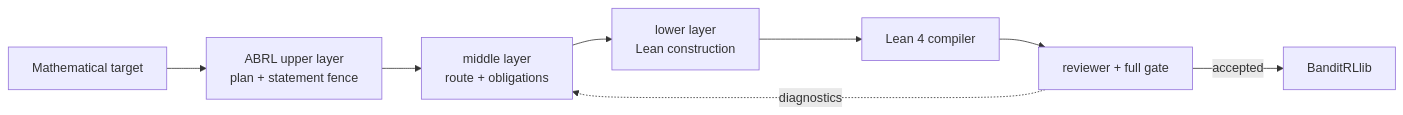
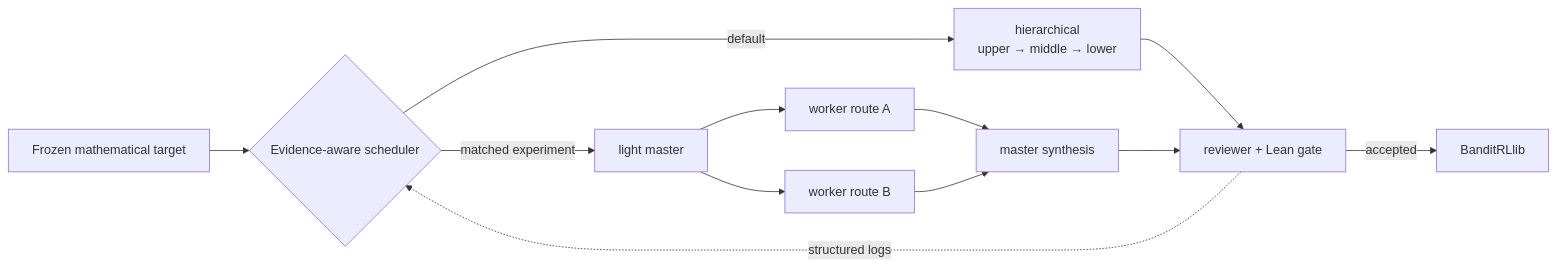
The first of 3 diagrams in README.md (DakeBU/Auto-Bandit-RL-Proof-In-Sleep), drawn with Mermaid before and after one commit. The commit also changed other lines of this file and 17 other files, not shown here.

Commit message:
feat: compare hierarchical and master-worker harnesses (#76)

````diff
--- a/README.md
+++ b/README.md
@@ -50,10 +63,14 @@
 ```mermaid
 flowchart LR
-    T["Mathematical target"] --> U["ABRL upper layer<br/>plan + statement fence"]
-    U --> M["middle layer<br/>route + obligations"]
-    M --> L["lower layer<br/>Lean construction"]
-    L --> C["Lean 4 compiler"]
-    C --> R["reviewer + full gate"]
-    R -. "diagnostics" .-> M
+    T["Frozen mathematical target"] --> A{"Evidence-aware scheduler"}
+    A -->|default| H["hierarchical<br/>upper → middle → lower"]
+    A -->|matched experiment| M["light master"]
+    M --> W1["worker route A"]
+    M --> W2["worker route B"]
+    W1 --> S["master synthesis"]
+    W2 --> S
+    H --> R["reviewer + Lean gate"]
+    S --> R
+    R -. "structured logs" .-> A
     R -->|accepted| B["BanditRLlib"]
 ```
````
